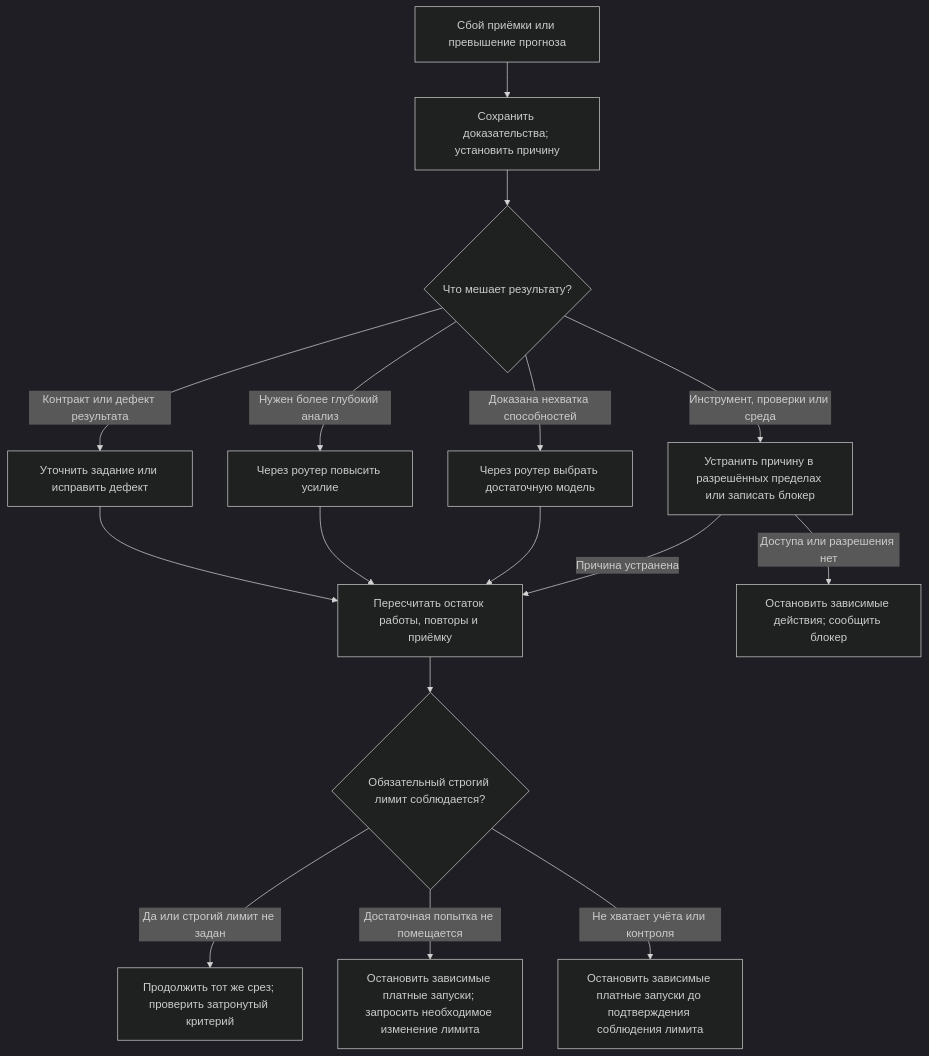
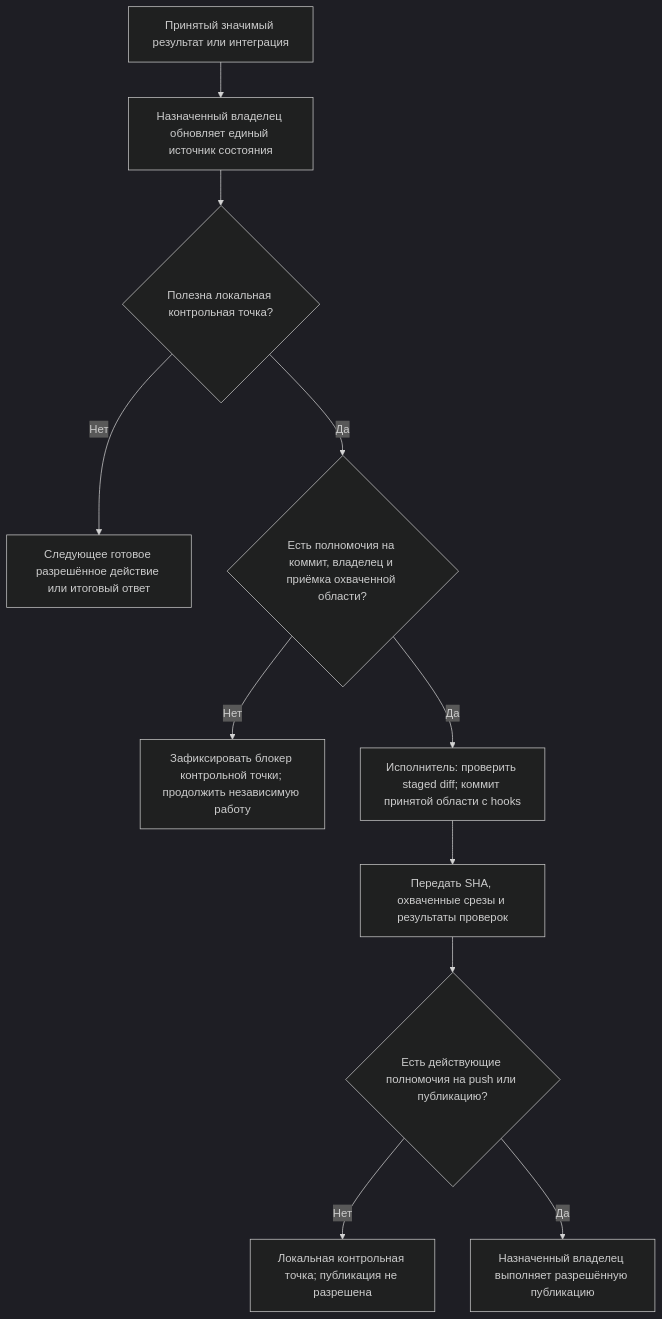
One commit to Rattlhead/codex-agent-skills changed the fifth of 5 diagrams in docs/subagent-manager-visual-guide.md. Above: the diagram before and after it, drawn with Mermaid (dark theme). The commit also changed other lines of this file and 1 other file, not shown here.

Commit message:
Update orchestrator visual guide with routed audit and publication flows

````diff
--- a/docs/subagent-manager-visual-guide.md
+++ b/docs/subagent-manager-visual-guide.md
@@ -92,18 +141,13 @@
 ```mermaid
 flowchart TD
-    F["Сбой приёмки или превышение прогноза"] --> A["Сохранить доказательства; установить причину"]
-    A --> C{"Что мешает результату?"}
-    C -->|Контракт или дефект результата| D["Уточнить задание или исправить дефект"]
-    C -->|Инструмент, проверки или среда| E["Устранить причину в разрешённых пределах или записать блокер"]
-    C -->|Нужен более глубокий анализ| U["Через роутер повысить усилие"]
-    C -->|Доказана нехватка способностей| M["Через роутер выбрать достаточную модель"]
-    D --> R["Пересчитать остаток работы, повторы и приёмку"]
-    U --> R
-    M --> R
-    E -->|Причина устранена| R
-    E -->|Доступа или разрешения нет| B["Остановить зависимые действия; сообщить блокер"]
-    R --> Q{"Обязательный строгий лимит соблюдается?"}
-    Q -->|Да или строгий лимит не задан| W["Продолжить тот же срез; проверить затронутый критерий"]
-    Q -->|Достаточная попытка не помещается| X["Остановить зависимые платные запуски; запросить необходимое изменение лимита"]
-    Q -->|Не хватает учёта или контроля| H["Остановить зависимые платные запуски до подтверждения соблюдения лимита"]
+    A["Принятый значимый результат или интеграция"] --> S["Назначенный владелец обновляет единый источник состояния"]
+    S --> Q{"Полезна локальная контрольная точка?"}
+    Q -->|Нет| N["Следующее готовое разрешённое действие или итоговый ответ"]
+    Q -->|Да| C{"Есть полномочия на коммит, владелец и приёмка охваченной области?"}
+    C -->|Нет| B["Зафиксировать блокер контрольной точки; продолжить независимую работу"]
+    C -->|Да| W["Исполнитель: проверить staged diff; коммит принятой области с hooks"]
+    W --> H["Передать SHA, охваченные срезы и результаты проверок"]
+    H --> P{"Есть действующие полномочия на push или публикацию?"}
+    P -->|Нет| L["Локальная контрольная точка; публикация не разрешена"]
+    P -->|Да| V["Назначенный владелец выполняет разрешённую публикацию"]
 ```
````
